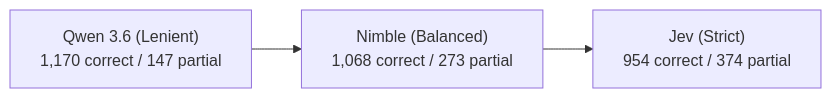
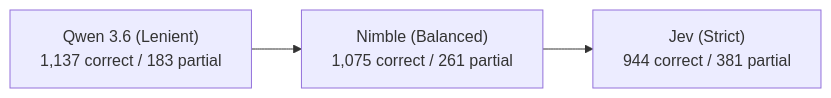
One commit to 7shi/bou-thakuranir_haat changed the diagram in qa-eval/NIMBLE.md. Above: the diagram before and after it, drawn with Mermaid. The commit also changed other lines of this file and 32 other files, not shown here.

````diff
--- a/qa-eval/NIMBLE.md
+++ b/qa-eval/NIMBLE.md
@@ -94,5 +94,5 @@
 ```mermaid
 flowchart LR
-    Qwen["Qwen 3.6 (Lenient)<br/>1,170 correct / 147 partial"] --> Nimble["Nimble (Balanced)<br/>1,068 correct / 273 partial"]
-    Nimble --> Jev["Jev (Strict)<br/>954 correct / 374 partial"]
+    Qwen["Qwen 3.6 (Lenient)<br/>1,137 correct / 183 partial"] --> Nimble["Nimble (Balanced)<br/>1,075 correct / 261 partial"]
+    Nimble --> Jev["Jev (Strict)<br/>944 correct / 381 partial"]
 ```
````
